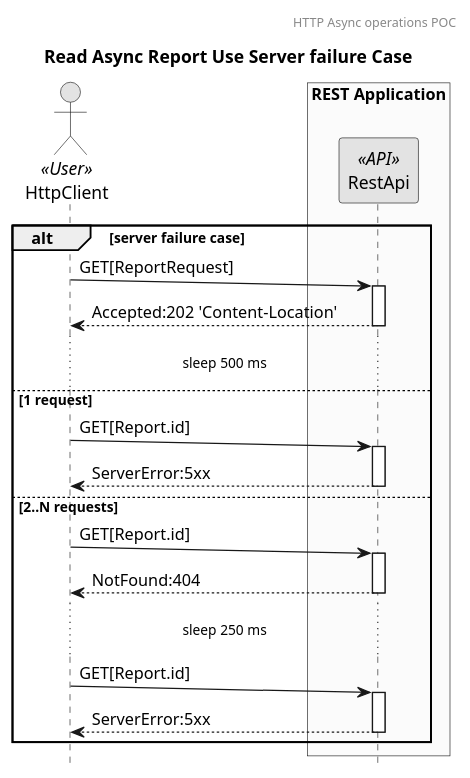
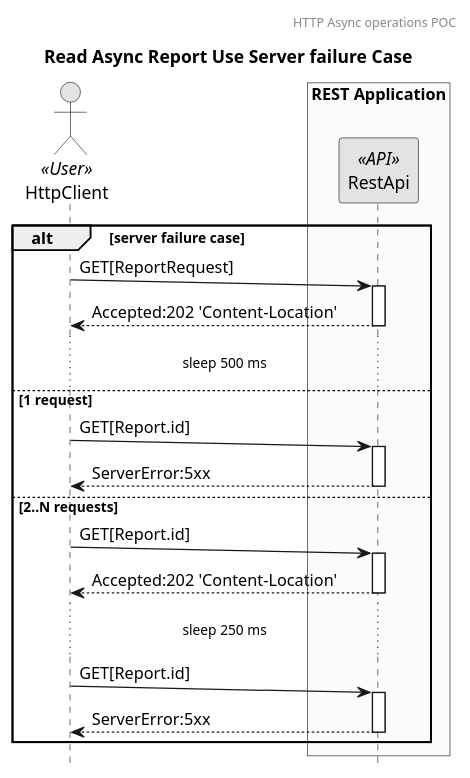
Before and after one commit to butcherless/dependency-analyzer: the diagram in docs/read-202-resource-server-failure.puml, drawn with PlantUML. The commit also changed 3 other files, not shown here.

```diff
--- a/docs/read-202-resource-server-failure.puml
+++ b/docs/read-202-resource-server-failure.puml
@@ -1,29 +1,29 @@
 @startuml
 skinparam monochrome true
 skinparam BoxPadding 5
 header HTTP Async operations POC
 title Read Async Report Use Server failure Case
 
 hide footbox
 actor HttpClient as user << User >>
 
 box "REST Application" #FBFBFB
  participant "RestApi" as api << API >>
 end box
 
 alt server failure case
 user ->(5) api ++: GET[ReportRequest]
 api --> user --: Accepted:202 'Content-Location'
 ...sleep 500 ms...
 else 1 request
 user ->(5) api ++: GET[Report.id]
 api --> user --: ServerError:5xx
 else 2..N requests
 user ->(5) api ++: GET[Report.id]
-api --> user --: NotFound:404
+api --> user --: Accepted:202 'Content-Location'
 ...sleep 250 ms...
 user ->(5) api ++: GET[Report.id]
 api --> user --: ServerError:5xx
 
 end
 @enduml
```
